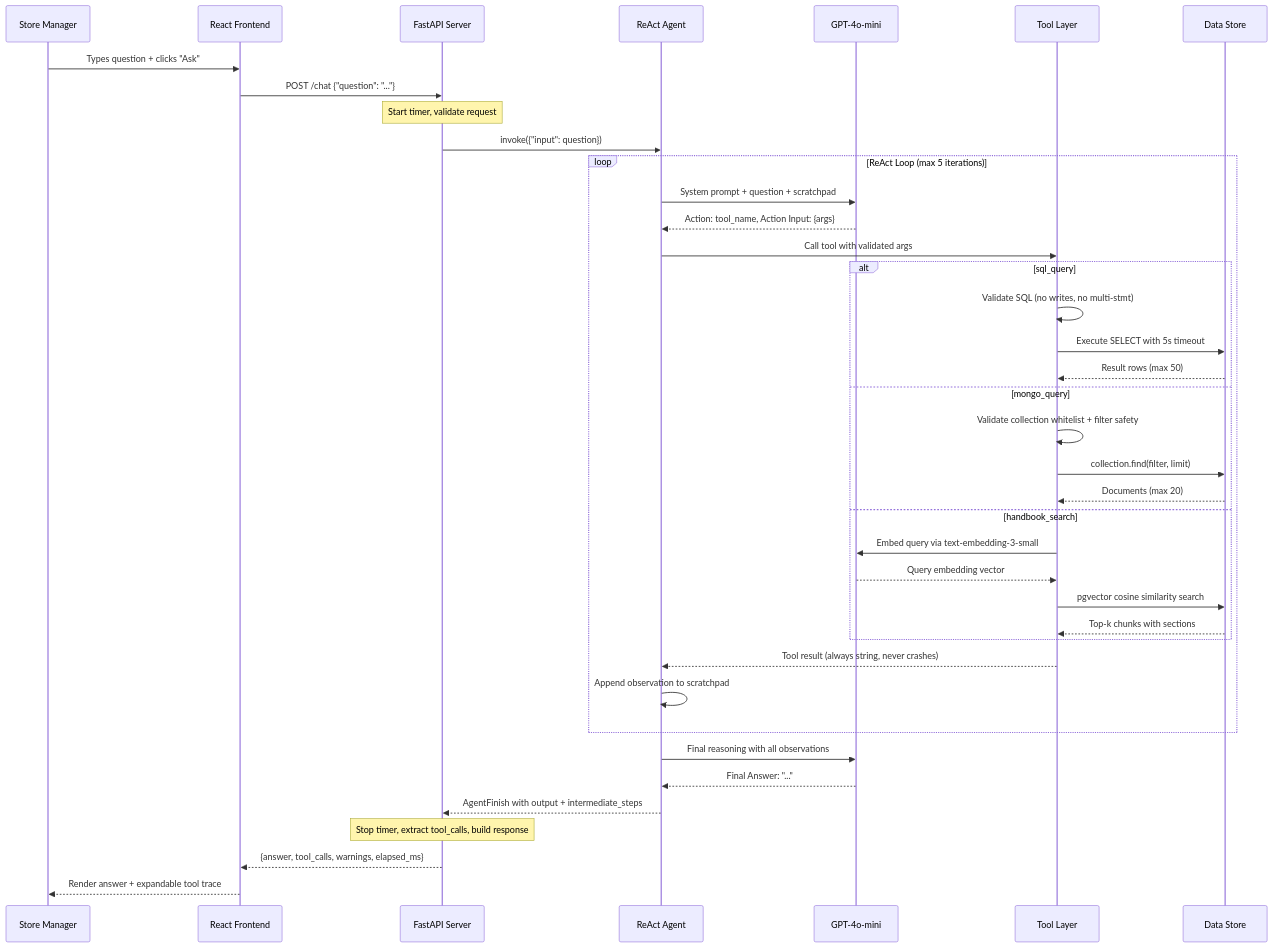
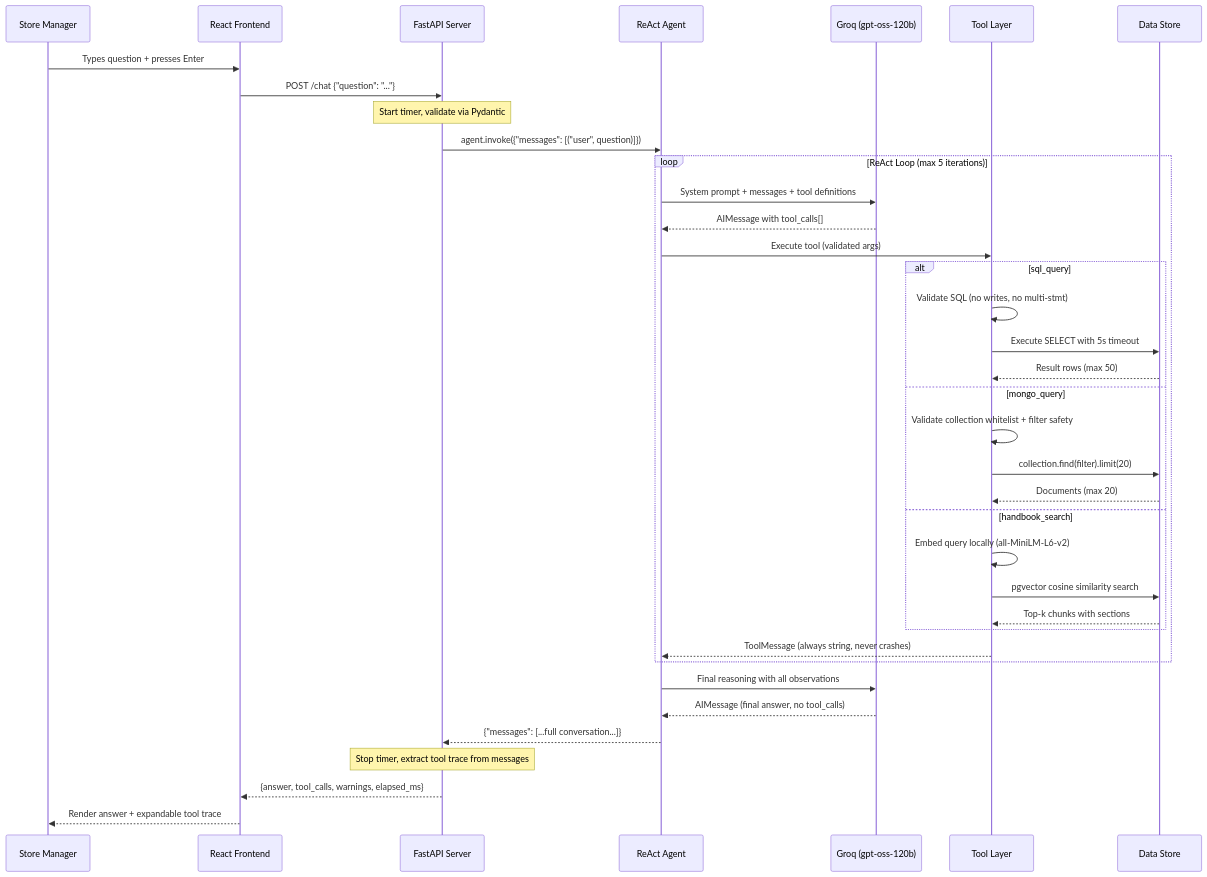
One commit to Manoj10041996/MultiDBAgent_class5_hw2_ManojKumarY changed the third of 5 diagrams in docs/ARCHITECTURE.md. Above: the diagram before and after it, drawn with Mermaid. The commit also changed other lines of this file and 27 other files, not shown here.

````diff
--- a/docs/ARCHITECTURE.md
+++ b/docs/ARCHITECTURE.md
@@ -71,50 +75,48 @@
 ```mermaid
 sequenceDiagram
     participant U as Store Manager
     participant FE as React Frontend
     participant API as FastAPI Server
     participant AG as ReAct Agent
-    participant LLM as GPT-4o-mini
+    participant LLM as Groq (gpt-oss-120b)
     participant TL as Tool Layer
     participant DB as Data Store
 
-    U->>FE: Types question + clicks "Ask"
+    U->>FE: Types question + presses Enter
     FE->>API: POST /chat {"question": "..."}
-    
-    Note over API: Start timer, validate request
 
-    API->>AG: invoke({"input": question})
-    
+    Note over API: Start timer, validate via Pydantic
+
+    API->>AG: agent.invoke({"messages": [("user", question)]})
+
     loop ReAct Loop (max 5 iterations)
-        AG->>LLM: System prompt + question + scratchpad
-        LLM-->>AG: Action: tool_name, Action Input: {args}
-        AG->>TL: Call tool with validated args
-        
+        AG->>LLM: System prompt + messages + tool definitions
+        LLM-->>AG: AIMessage with tool_calls[]
+        AG->>TL: Execute tool (validated args)
+
         alt sql_query
             TL->>TL: Validate SQL (no writes, no multi-stmt)
             TL->>DB: Execute SELECT with 5s timeout
             DB-->>TL: Result rows (max 50)
         else mongo_query
             TL->>TL: Validate collection whitelist + filter safety
-            TL->>DB: collection.find(filter, limit)
+            TL->>DB: collection.find(filter).limit(20)
             DB-->>TL: Documents (max 20)
         else handbook_search
-            TL->>LLM: Embed query via text-embedding-3-small
-            LLM-->>TL: Query embedding vector
+            TL->>TL: Embed query locally (all-MiniLM-L6-v2)
             TL->>DB: pgvector cosine similarity search
             DB-->>TL: Top-k chunks with sections
         end
-        
-        TL-->>AG: Tool result (always string, never crashes)
-        AG->>AG: Append observation to scratchpad
+
+        TL-->>AG: ToolMessage (always string, never crashes)
     end
-    
+
     AG->>LLM: Final reasoning with all observations
-    LLM-->>AG: Final Answer: "..."
-    AG-->>API: AgentFinish with output + intermediate_steps
-    
-    Note over API: Stop timer, extract tool_calls, build response
+    LLM-->>AG: AIMessage (final answer, no tool_calls)
+    AG-->>API: {"messages": [...full conversation...]}
+
+    Note over API: Stop timer, extract tool trace from messages
 
     API-->>FE: {answer, tool_calls, warnings, elapsed_ms}
     FE-->>U: Render answer + expandable tool trace
 ```
````
